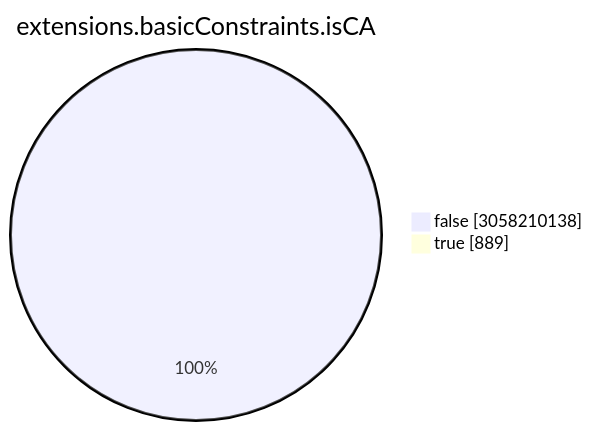
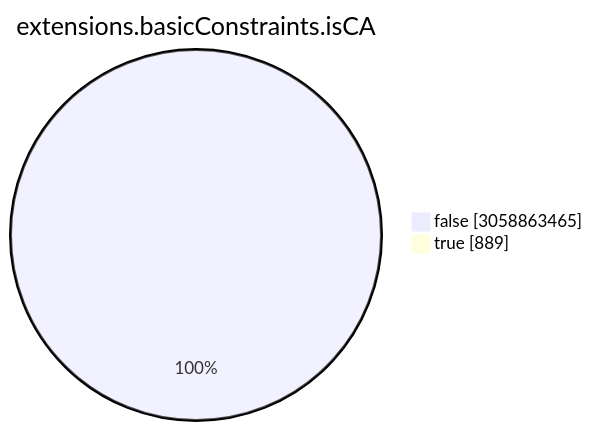
One commit to christiankrug/ctmonitor_visualization changed the seventh of 15 diagrams in TOTAL/README.md. Above: the diagram before and after it, drawn with Mermaid. The commit also changed other lines of this file, not shown here.

````diff
--- a/TOTAL/README.md
+++ b/TOTAL/README.md
@@ -3088,6 +3088,6 @@
 ```mermaid
 pie showData
 title extensions.basicConstraints.isCA
-"false" :3058210138
+"false" :3058863465
 "true" :889
 ```
````
